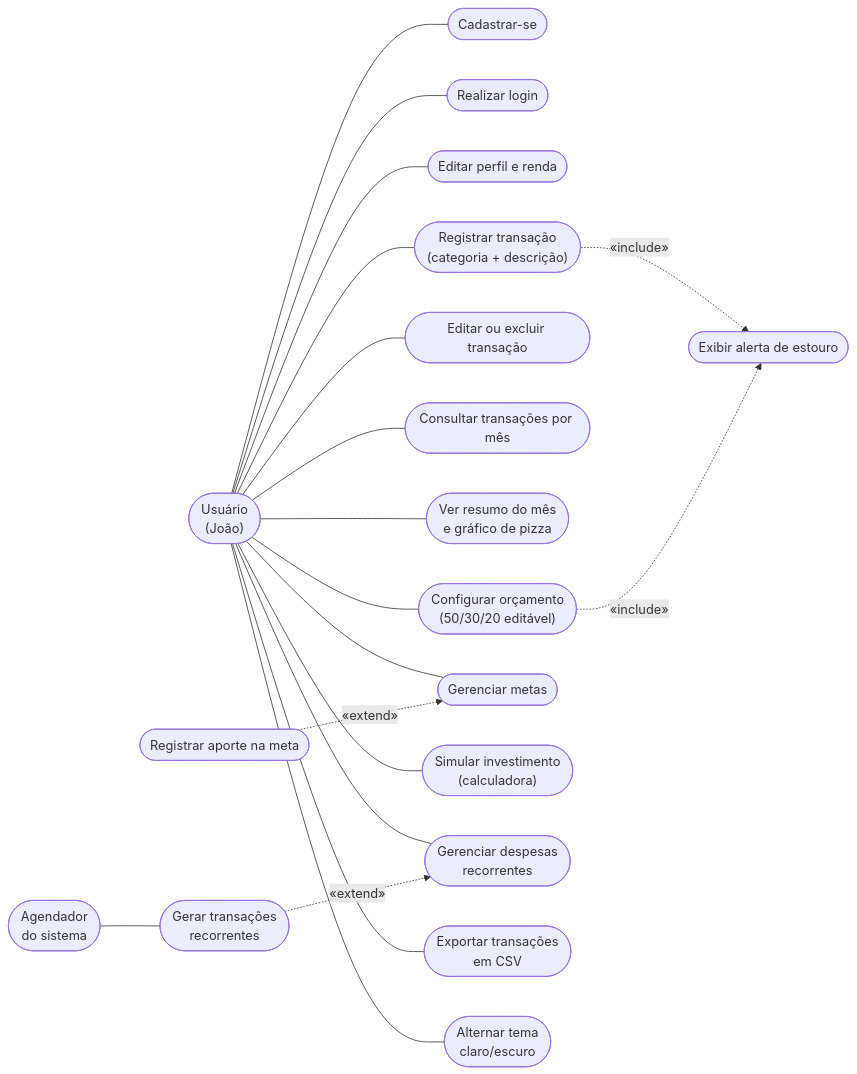
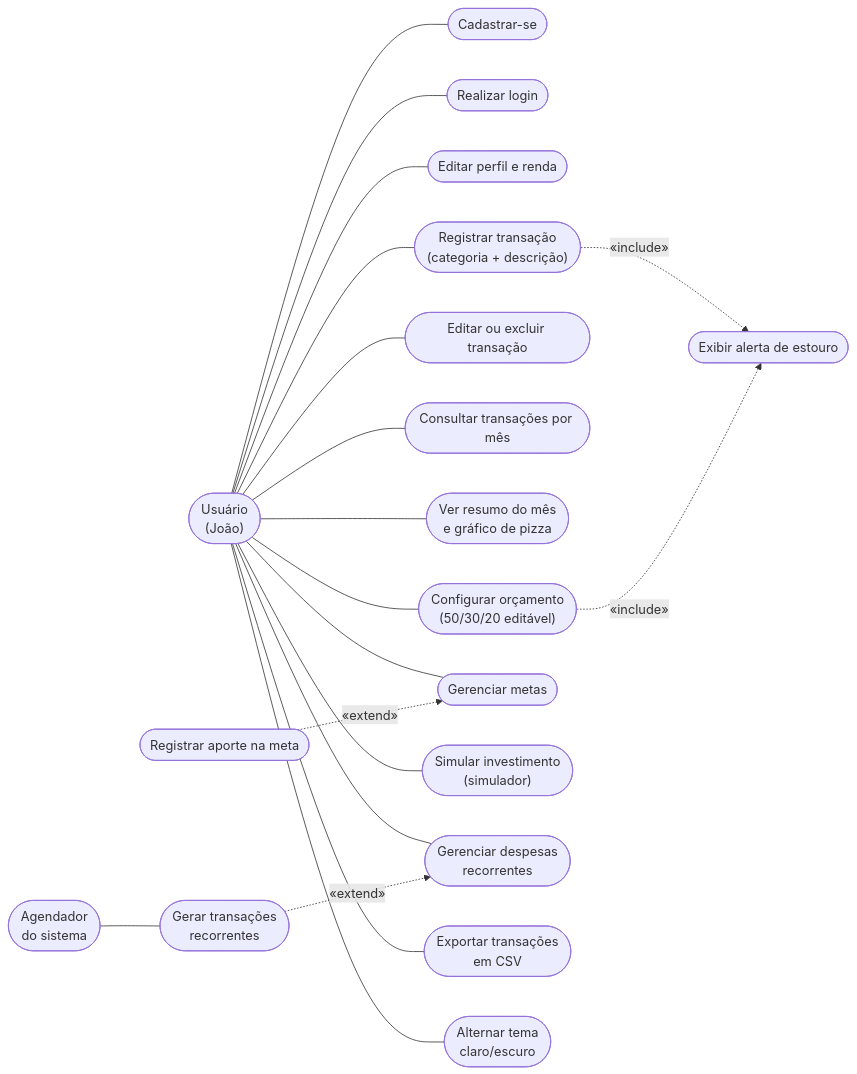
One commit to jmarcosvm/IFO-Organizador-Financeiro changed the first of 12 diagrams in docs/05-diagramas.md. Above: the diagram before and after it, drawn with Mermaid. The commit also changed other lines of this file and 10 other files, not shown here.

Commit message:
docs: renomeia calculadora para simulador (ADR-015) e marca itens da R4

````diff
--- a/docs/05-diagramas.md
+++ b/docs/05-diagramas.md
@@ -9,42 +9,42 @@
 ```mermaid
 flowchart LR
     ator(["Usuário<br/>(João)"])
 
     uc1(["Cadastrar-se"])
     uc2(["Realizar login"])
     uc3(["Editar perfil e renda"])
     uc4(["Registrar transação<br/>(categoria + descrição)"])
     uc5(["Editar ou excluir transação"])
     uc6(["Consultar transações por mês"])
     uc7(["Ver resumo do mês<br/>e gráfico de pizza"])
     uc8(["Configurar orçamento<br/>(50/30/20 editável)"])
     uc9(["Exibir alerta de estouro"])
     uc10(["Gerenciar metas"])
     uc11(["Registrar aporte na meta"])
-    uc12(["Simular investimento<br/>(calculadora)"])
+    uc12(["Simular investimento<br/>(simulador)"])
     uc13(["Gerenciar despesas<br/>recorrentes"])
     uc14(["Exportar transações<br/>em CSV"])
     uc15(["Alternar tema<br/>claro/escuro"])
     uc16(["Gerar transações<br/>recorrentes"])
     sched(["Agendador<br/>do sistema"])
 
     ator --- uc1
     ator --- uc2
     ator --- uc3
     ator --- uc4
     ator --- uc5
     ator --- uc6
     ator --- uc7
     ator --- uc8
     ator --- uc10
     ator --- uc12
     ator --- uc13
     ator --- uc14
     ator --- uc15
     sched --- uc16
 
     uc4 -. "«include»" .-> uc9
     uc8 -. "«include»" .-> uc9
     uc11 -. "«extend»" .-> uc10
     uc16 -. "«extend»" .-> uc13
 ```
````
